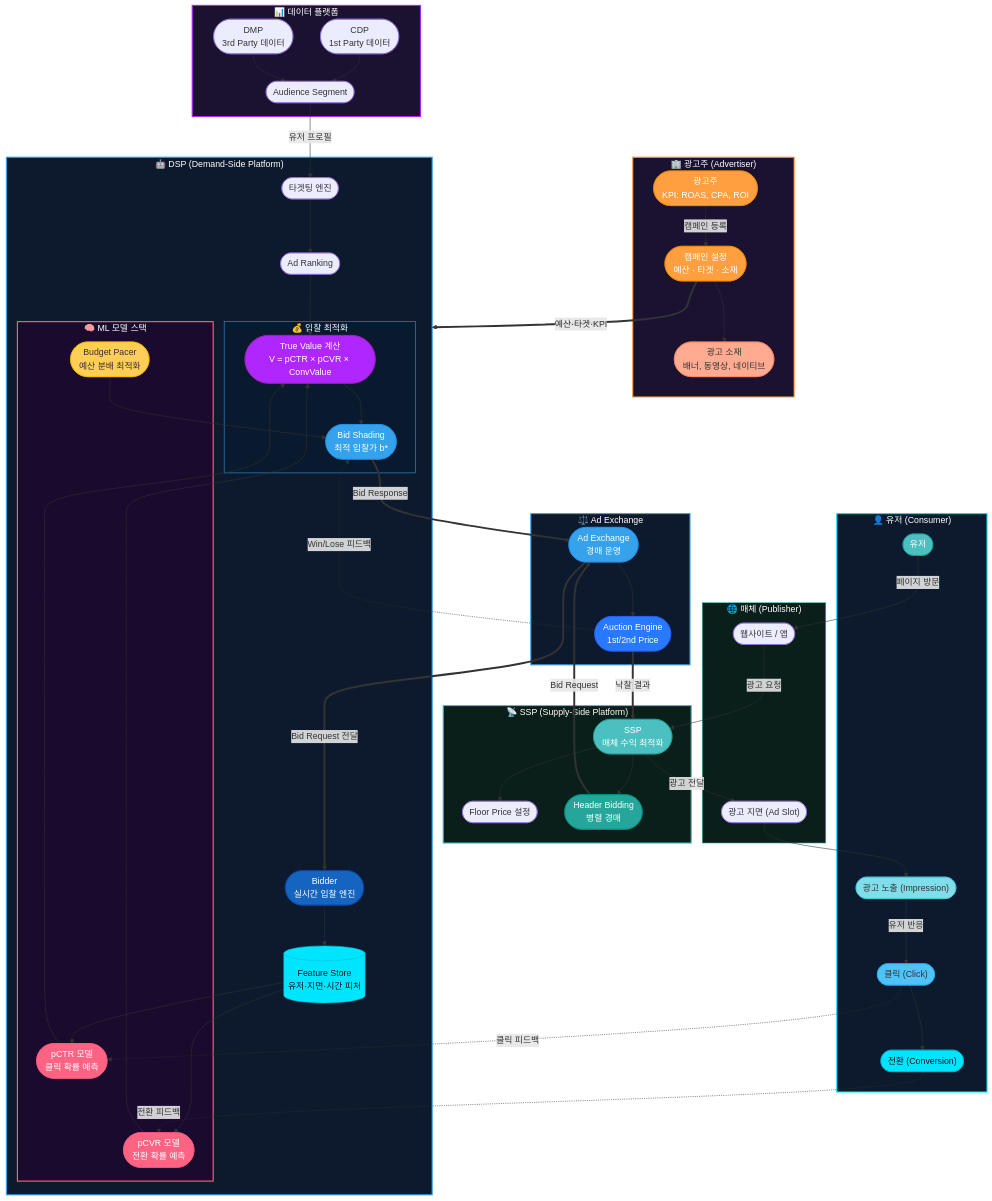
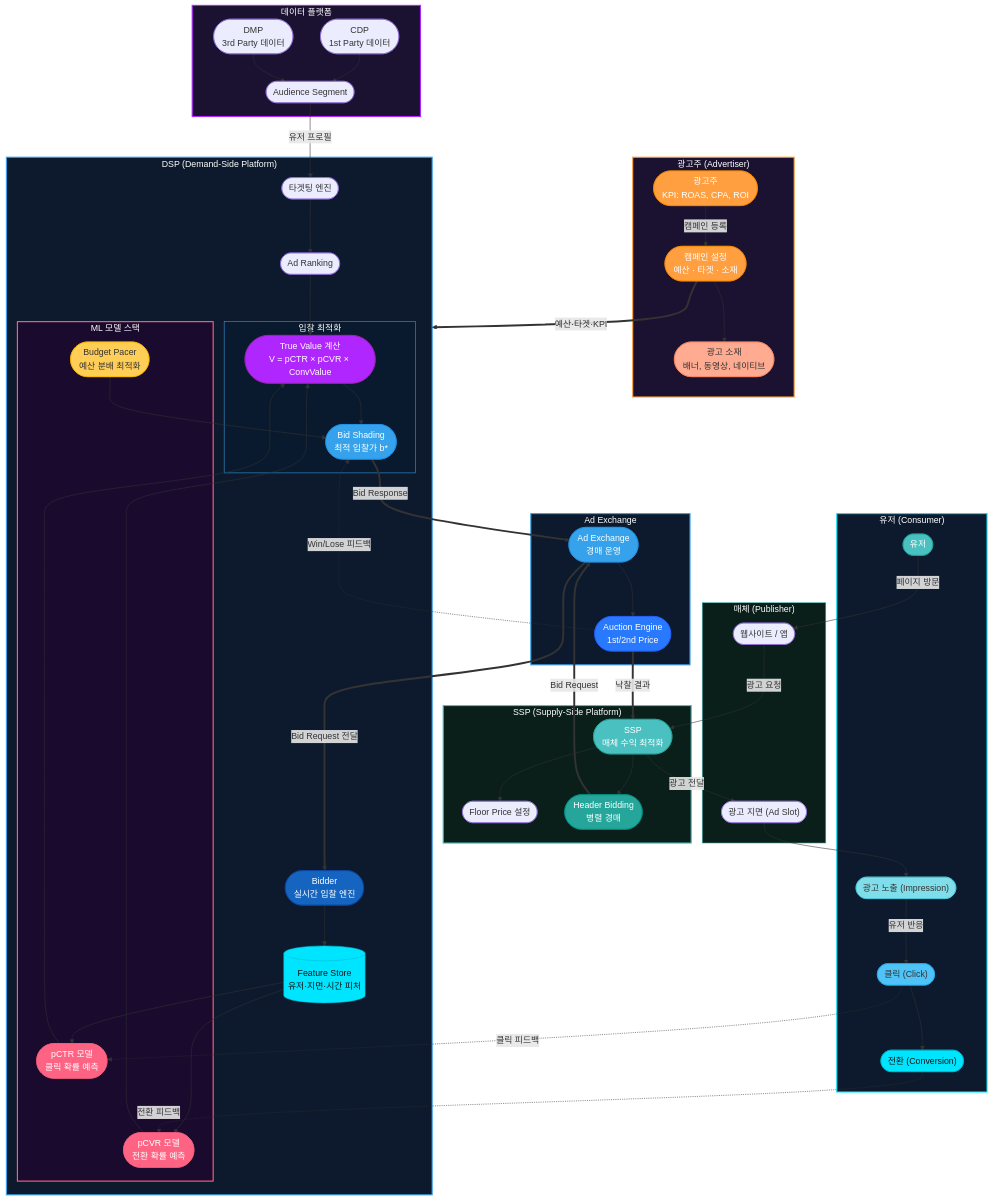
The diagram in posts/adtech-ecosystem-map.md (chkimsu/adtech-blog), drawn with Mermaid before and after one commit. The commit also changed 2 other files, not shown here.

Commit message:
fix: 전체 포스트 검수 — 이모지 제거 + 태그 45개→16개 통합
- Mermaid 서브그래프 유니코드 이모지 6개 제거 (adtech-ecosystem-map)
- HTML 엔티티 이모지 1개 제거 (feature-store-serving &#11013;)
- 태그 73% 싱글톤 문제 해결: 45개 → 16개 핵심 태그로 통합
  - 인프라 계열 → ML Infra
  - 서빙/경량화 → Model Serving
  - 시간/드리프트 → Online Learning
  - 생태계/시장 → Ad Ecosystem

````diff
--- a/posts/adtech-ecosystem-map.md
+++ b/posts/adtech-ecosystem-map.md
@@ -11,21 +11,21 @@
 ```mermaid
 graph TB
-    subgraph Advertiser["🏢 광고주 (Advertiser)"]
+    subgraph Advertiser["광고주 (Advertiser)"]
         ADV(["광고주<br/>KPI: ROAS, CPA, ROI"])
         CAMP(["캠페인 설정<br/>예산 · 타겟 · 소재"])
         CREATIVE(["광고 소재<br/>배너, 동영상, 네이티브"])
     end
 
-    subgraph DSP_System["🤖 DSP (Demand-Side Platform)"]
+    subgraph DSP_System["DSP (Demand-Side Platform)"]
         BIDDER(["Bidder<br/>실시간 입찰 엔진"])
 
-        subgraph ML_Models["🧠 ML 모델 스택"]
+        subgraph ML_Models["ML 모델 스택"]
             PCTR(["pCTR 모델<br/>클릭 확률 예측"])
             PCVR(["pCVR 모델<br/>전환 확률 예측"])
             BUDGET(["Budget Pacer<br/>예산 분배 최적화"])
         end
 
-        subgraph Bid_Optimization["💰 입찰 최적화"]
+        subgraph Bid_Optimization["입찰 최적화"]
             TV(["True Value 계산<br/>V = pCTR × pCVR × ConvValue"])
             SHADE(["Bid Shading<br/>최적 입찰가 b*"])
         end
@@ -35,29 +35,29 @@
         FEAT[("Feature Store<br/>유저·지면·시간 피처")]
     end
 
-    subgraph DMP_CDP["📊 데이터 플랫폼"]
+    subgraph DMP_CDP["데이터 플랫폼"]
         DMP(["DMP<br/>3rd Party 데이터"])
         CDP(["CDP<br/>1st Party 데이터"])
         SEGMENT(["Audience Segment"])
     end
 
-    subgraph Exchange["⚖️ Ad Exchange"]
+    subgraph Exchange["Ad Exchange"]
         ADEX(["Ad Exchange<br/>경매 운영"])
         AUCTION(["Auction Engine<br/>1st/2nd Price"])
     end
 
-    subgraph SSP_System["📡 SSP (Supply-Side Platform)"]
+    subgraph SSP_System["SSP (Supply-Side Platform)"]
         SSP(["SSP<br/>매체 수익 최적화"])
         FLOOR(["Floor Price 설정"])
         HB(["Header Bidding<br/>병렬 경매"])
     end
 
-    subgraph Publisher["🌐 매체 (Publisher)"]
+    subgraph Publisher["매체 (Publisher)"]
         PUB(["웹사이트 / 앱"])
         SLOT(["광고 지면 (Ad Slot)"])
     end
 
-    subgraph User_Side["👤 유저 (Consumer)"]
+    subgraph User_Side["유저 (Consumer)"]
         USER(["유저"])
         IMP(["광고 노출 (Impression)"])
         CLICK(["클릭 (Click)"])
````
